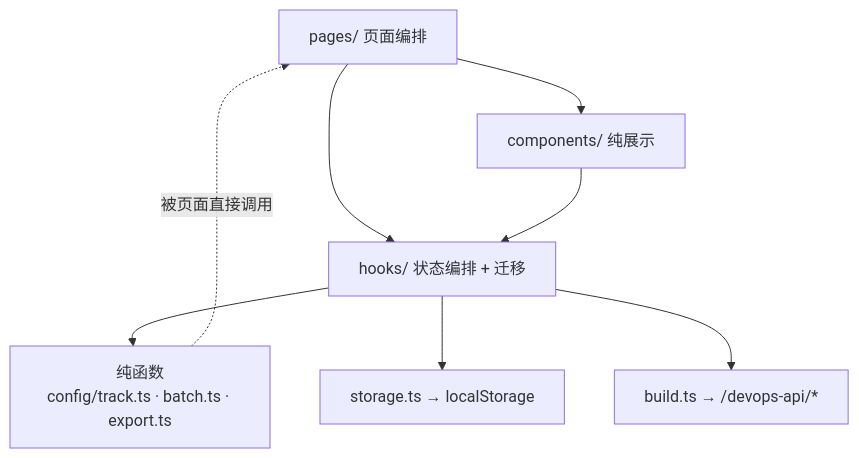
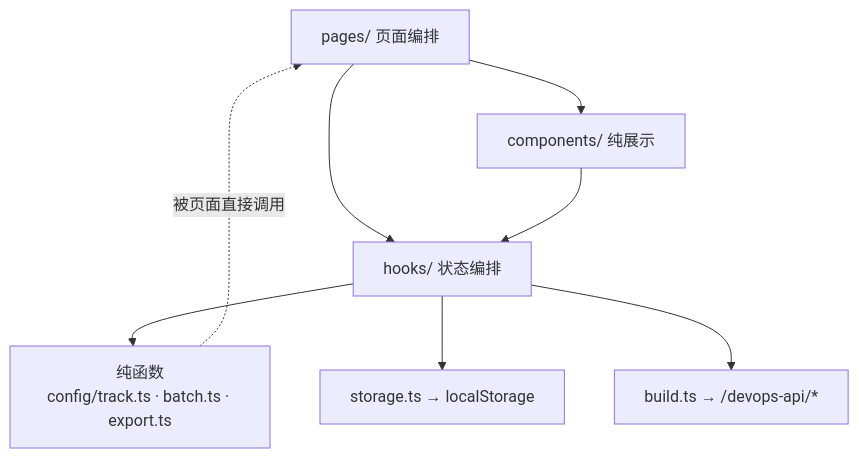
Before and after one commit to HF-code/workRecord: the second of 5 diagrams in docs/架构导读.md, drawn with Mermaid. The commit also changed other lines of this file and 15 other files, not shown here.

````diff
--- a/docs/架构导读.md
+++ b/docs/架构导读.md
@@ -54,10 +54,10 @@
 ```mermaid
 flowchart TB
     PAGES["pages/ 页面编排"] --> COMPS["components/ 纯展示"]
-    PAGES --> HOOKS["hooks/ 状态编排 + 迁移"]
+    PAGES --> HOOKS["hooks/ 状态编排"]
     COMPS --> HOOKS
     HOOKS --> PURE["纯函数<br/>config/track.ts · batch.ts · export.ts"]
     HOOKS --> STORE["storage.ts → localStorage"]
     HOOKS --> API["build.ts → /devops-api/*"]
     PURE -.->|被页面直接调用| PAGES
 ```
````
